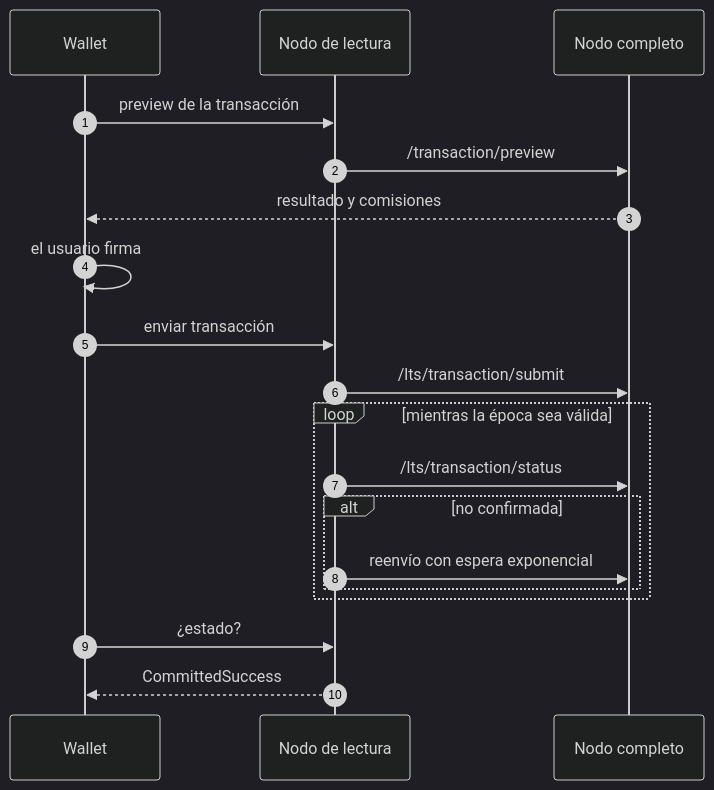
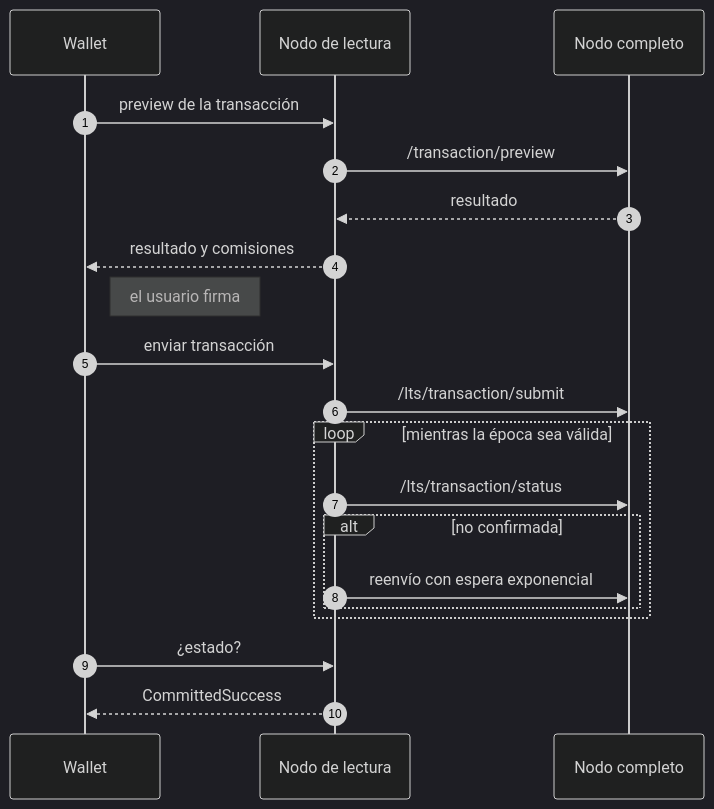
One commit to dazligth/radix-decentralization-roadmap changed the fourth of 7 diagrams in docs/es/06-solucion-recomendada.md. Above: the diagram before and after it, drawn with Mermaid (dark theme). The commit also changed other lines of this file and 9 other files, not shown here.

First line of the commit message:
Redesign diagrams for readability on GitHub

````diff
--- a/docs/es/06-solucion-recomendada.md
+++ b/docs/es/06-solucion-recomendada.md
@@ -97,21 +80,22 @@
 ```mermaid
 sequenceDiagram
     autonumber
     participant W as Wallet
     participant L as Nodo de lectura
     participant N as Nodo completo
     W->>L: preview de la transacción
     L->>N: /transaction/preview
-    N-->>W: resultado y comisiones
-    W->>W: el usuario firma
+    N-->>L: resultado
+    L-->>W: resultado y comisiones
+    Note right of W: el usuario firma
     W->>L: enviar transacción
     L->>N: /lts/transaction/submit
     loop mientras la época sea válida
         L->>N: /lts/transaction/status
         alt no confirmada
             L->>N: reenvío con espera exponencial
         end
     end
     W->>L: ¿estado?
     L-->>W: CommittedSuccess
 ```
````
